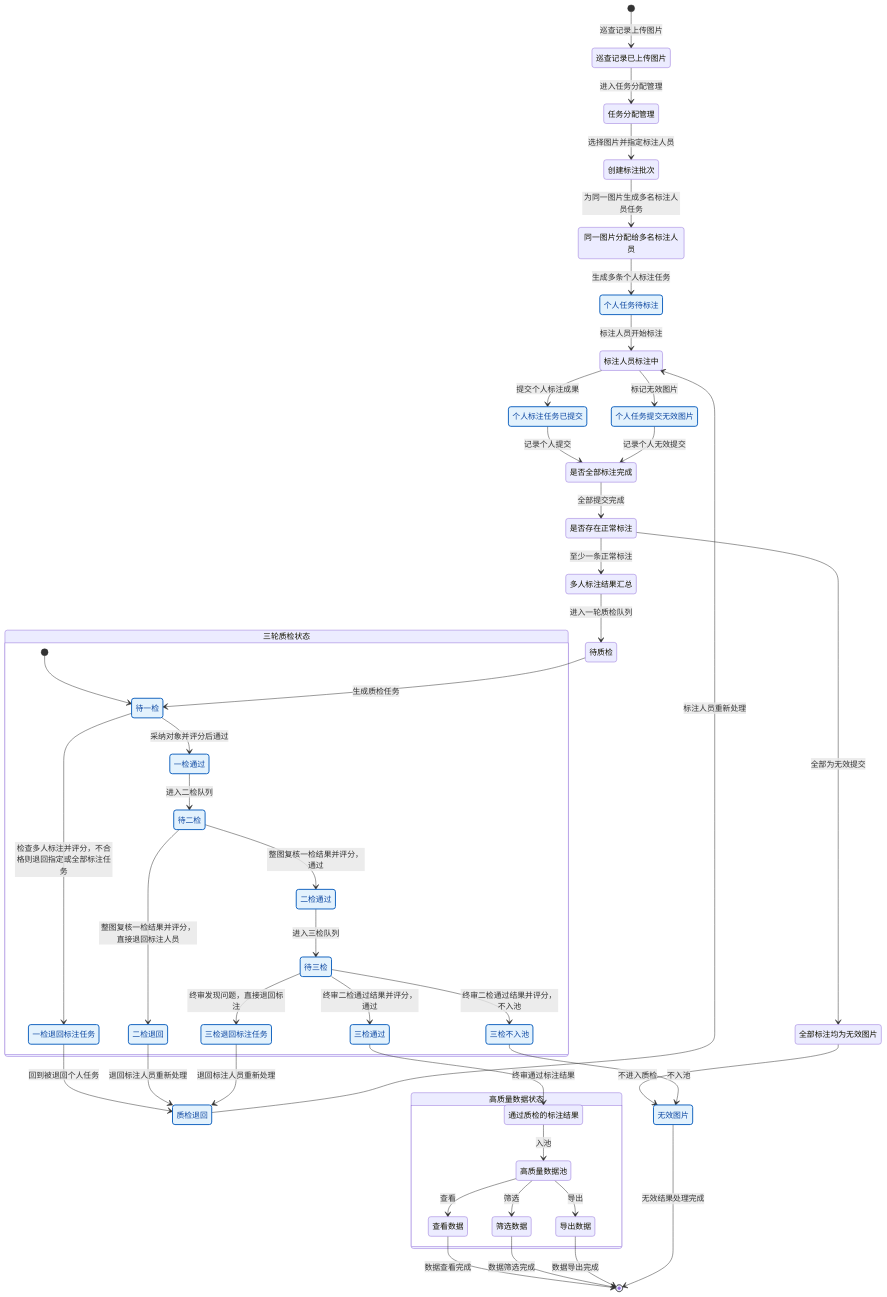
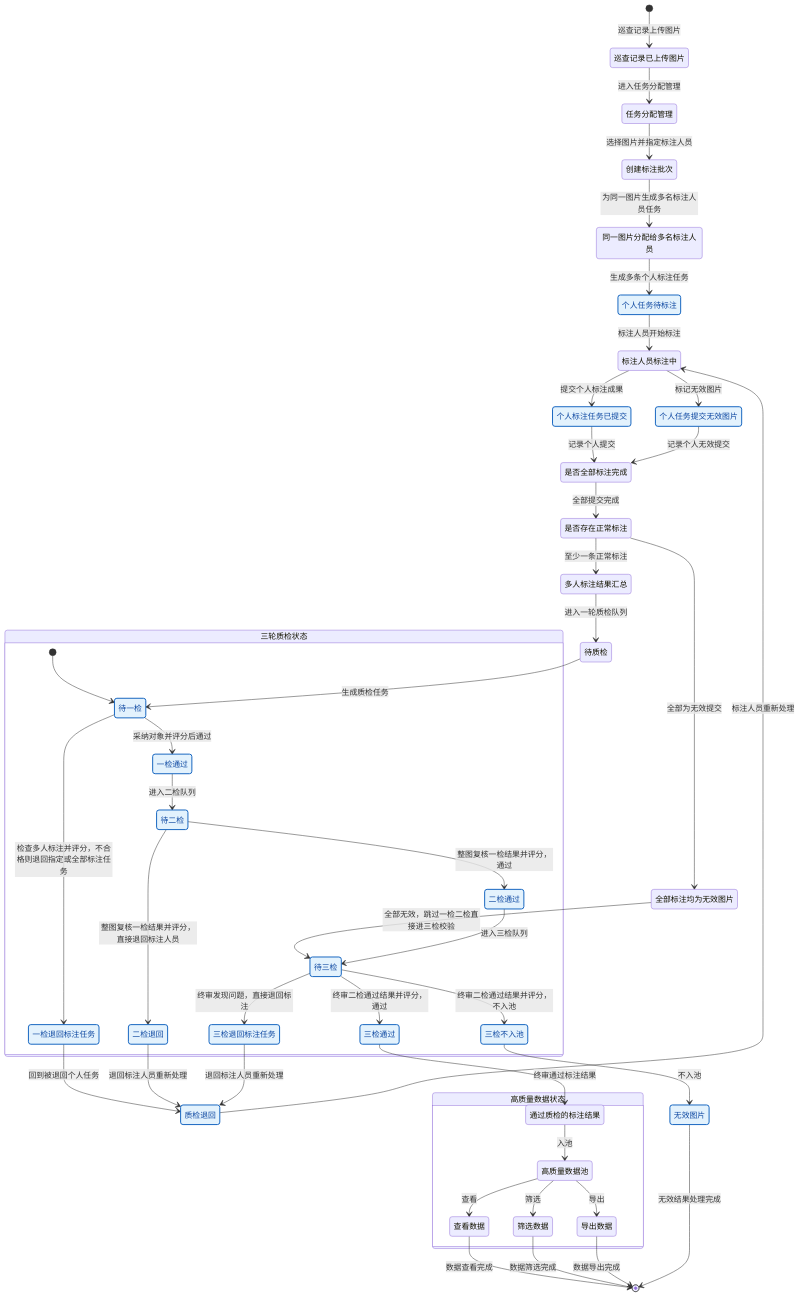
The diagram in 02-PRD文档/后台管理/标注质检三轮质检流程.mmd (zhudan930612/shujuzhili), drawn with Mermaid before and after one commit. The commit also changed 1 other file, not shown here.

```diff
--- a/02-PRD文档/后台管理/标注质检三轮质检流程.mmd
+++ b/02-PRD文档/后台管理/标注质检三轮质检流程.mmd
@@ -1,98 +1,98 @@
 %%{init: {'theme':'mc'}}%%
 stateDiagram-v2
   [*] --> InspectionUploaded: 巡查记录上传图片
 
   InspectionUploaded: 巡查记录已上传图片
   AssignmentManage: 任务分配管理
   BatchCreated: 创建标注批次
   MultiAnnotationAssigned: 同一图片分配给多名标注人员
   AnnotationTodo: 个人任务待标注
   Annotating: 标注人员标注中
   AnnotationSubmitted: 个人标注任务已提交
   AnnotationInvalid: 个人任务提交无效图片
   AnnotationReturned: 质检退回
   FinalInvalid: 无效图片
   AllAnnotationSubmitted: 是否全部标注完成
   HasValidAnnotation: 是否存在正常标注
   AnnotationMerged: 多人标注结果汇总
   QCWaiting: 待质检
   AllInvalidSample: 全部标注均为无效图片
 
   InspectionUploaded --> AssignmentManage: 进入任务分配管理
   AssignmentManage --> BatchCreated: 选择图片并指定标注人员
   BatchCreated --> MultiAnnotationAssigned: 为同一图片生成多名标注人员任务
   MultiAnnotationAssigned --> AnnotationTodo: 生成多条个人标注任务
   AnnotationTodo --> Annotating: 标注人员开始标注
   Annotating --> AnnotationSubmitted: 提交个人标注成果
   Annotating --> AnnotationInvalid: 标记无效图片
   AnnotationSubmitted --> AllAnnotationSubmitted: 记录个人提交
   AnnotationInvalid --> AllAnnotationSubmitted: 记录个人无效提交
   AnnotationReturned --> Annotating: 标注人员重新处理
   AllAnnotationSubmitted --> HasValidAnnotation: 全部提交完成
   HasValidAnnotation --> AnnotationMerged: 至少一条正常标注
   HasValidAnnotation --> AllInvalidSample: 全部为无效提交
   AnnotationMerged --> QCWaiting: 进入一轮质检队列
-  AllInvalidSample --> FinalInvalid: 不进入质检
+  AllInvalidSample --> QC3Waiting: 全部无效，跳过一检二检直接进三检校验
 
   state "三轮质检状态" as QCFlow {
     [*] --> QC1Waiting
 
     QC1Waiting: 待一检
     QC1Passed: 一检通过
     QC1Returned: 一检退回标注任务
 
     QC1Waiting --> QC1Returned: 检查多人标注并评分，不合格则退回指定或全部标注任务
 
     QC1Waiting --> QC1Passed: 采纳对象并评分后通过
 
     QC2Waiting: 待二检
     QC2Passed: 二检通过
     QC2Returned: 二检退回
 
     QC1Passed --> QC2Waiting: 进入二检队列
     QC2Waiting --> QC2Passed: 整图复核一检结果并评分，通过
     QC2Waiting --> QC2Returned: 整图复核一检结果并评分，直接退回标注人员
 
     QC3Waiting: 待三检
     QC3Passed: 三检通过
     QC3NoPool: 三检不入池
     QC3Returned: 三检退回标注任务
 
     QC2Passed --> QC3Waiting: 进入三检队列
     QC3Waiting --> QC3NoPool: 终审二检通过结果并评分，不入池
     QC3Waiting --> QC3Passed: 终审二检通过结果并评分，通过
     QC3Waiting --> QC3Returned: 终审发现问题，直接退回标注
   }
 
   QCWaiting --> QC1Waiting: 生成质检任务
 
   QC1Returned --> AnnotationReturned: 回到被退回个人任务
   QC2Returned --> AnnotationReturned: 退回标注人员重新处理
   QC3Returned --> AnnotationReturned: 退回标注人员重新处理
 
   QC3Passed --> TrustedResult: 终审通过标注结果
   QC3NoPool --> FinalInvalid: 不入池
 
   state "高质量数据状态" as DataFlow {
     TrustedResult: 通过质检的标注结果
     QualityDataPool: 高质量数据池
     QualityDataView: 查看数据
     QualityDataFilter: 筛选数据
     QualityDataExport: 导出数据
 
     TrustedResult --> QualityDataPool: 入池
     QualityDataPool --> QualityDataView: 查看
     QualityDataPool --> QualityDataFilter: 筛选
     QualityDataPool --> QualityDataExport: 导出
   }
 
   QualityDataView --> [*]: 数据查看完成
   QualityDataFilter --> [*]: 数据筛选完成
   QualityDataExport --> [*]: 数据导出完成
   FinalInvalid --> [*]: 无效结果处理完成
 
   classDef listStatus fill:#e3f2fd,stroke:#1565c0,stroke-width:2px,color:#0d47a1
   class AnnotationTodo,AnnotationSubmitted,AnnotationInvalid,AnnotationReturned,FinalInvalid listStatus
   class QC1Waiting,QC1Passed,QC1Returned listStatus
   class QC2Waiting,QC2Passed,QC2Returned listStatus
   class QC3Waiting,QC3Passed,QC3NoPool,QC3Returned listStatus
```
